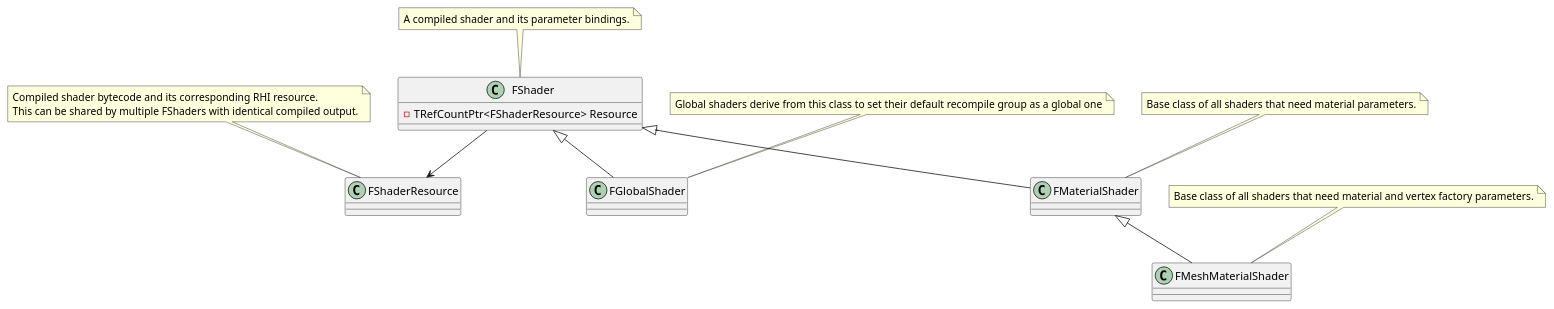
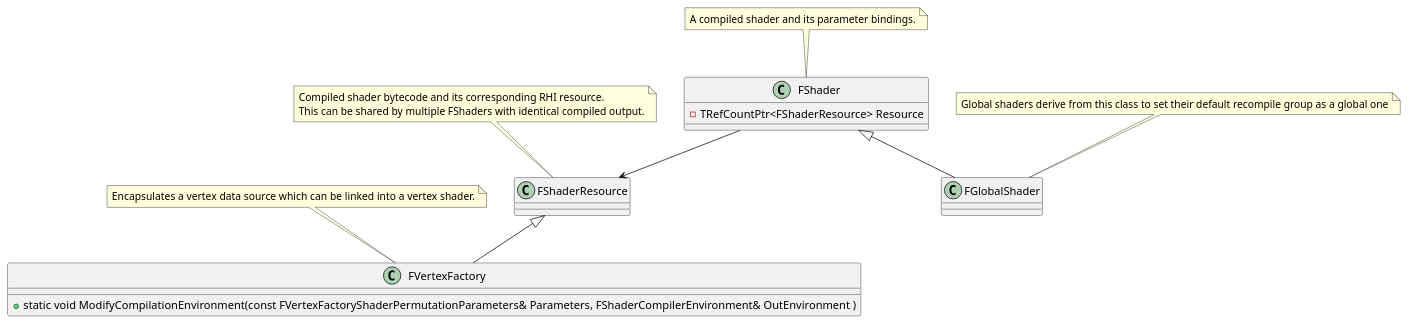
Before and after one commit to wsw364321644/Renderer: the diagram in Doc/UE/RenderCore.pu, drawn with PlantUML. The commit also changed 7 other files, not shown here.

```diff
--- a/Doc/UE/RenderCore.pu
+++ b/Doc/UE/RenderCore.pu
@@ -1,45 +1,46 @@
-@startuml
+@startuml RenderCore
 
 
 class FShaderResource 
 note top
 Compiled shader bytecode and its corresponding RHI resource. 
 This can be shared by multiple FShaders with identical compiled output.
 end note 
+
+
+
+class FVertexFactory{
+    +static void ModifyCompilationEnvironment(const FVertexFactoryShaderPermutationParameters& Parameters, FShaderCompilerEnvironment& OutEnvironment )
+}
+FShaderResource<|--FVertexFactory
+
+note top
+Encapsulates a vertex data source which can be linked into a vertex shader.
+end note 
+
+
 
 class  FShader{
     -TRefCountPtr<FShaderResource> Resource
 }
 note top
 A compiled shader and its parameter bindings.
 end note 
 
 
 
 class FGlobalShader 
+FShader<|--FGlobalShader
+
 note top
 Global shaders derive from this class to set their default recompile group as a global one
 end note 
-FShader<|--FGlobalShader
 
-
-class FMaterialShader 
-note top
-Base class of all shaders that need material parameters.
-end note 
-FShader<|--FMaterialShader
-
-
-class FMeshMaterialShader
-note top
-Base class of all shaders that need material and vertex factory parameters.
-end note 
-FMaterialShader<|--FMeshMaterialShader
 
 
 
 FShader--> FShaderResource
 
 
 
 @enduml
```
